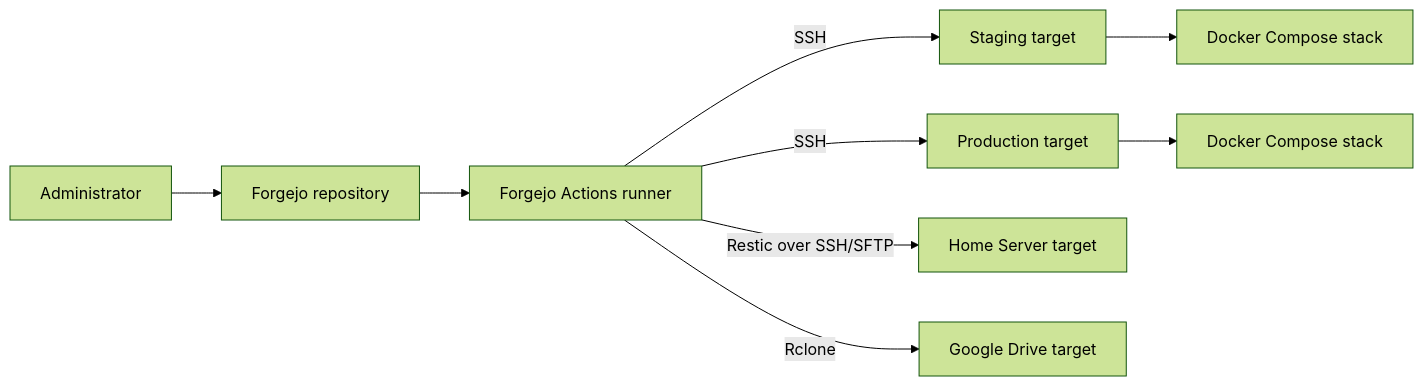
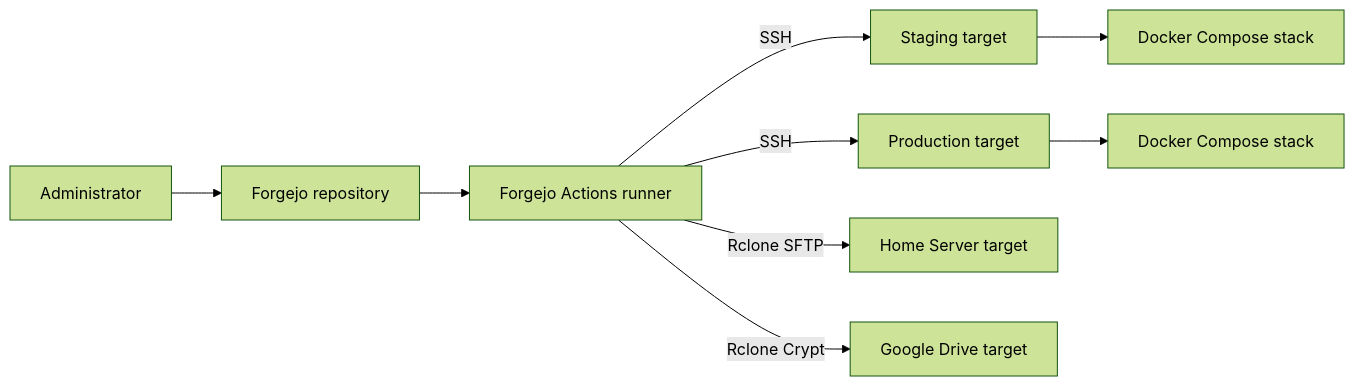
One commit to yongxinL/servicehub changed the diagram in docs/architecture/SYSTEM-CONTEXT.md. Above: the diagram before and after it, drawn with Mermaid (forest theme). The commit also changed other lines of this file and 10 other files, not shown here.

Commit message:
docs(backup): revise ADR-007 to Rclone-only dual-target replication and purge Restic from docs

````diff
--- a/docs/architecture/SYSTEM-CONTEXT.md
+++ b/docs/architecture/SYSTEM-CONTEXT.md
@@ -57,11 +57,11 @@
 ```mermaid
 flowchart LR
     Admin[Administrator] --> Forgejo[Forgejo repository]
     Forgejo --> Runner[Forgejo Actions runner]
     Runner -->|SSH| Stag[Staging target]
     Runner -->|SSH| Prod[Production target]
-    Runner -->|Restic over SSH/SFTP| Home[Home Server target]
-    Runner -->|Rclone| Drive[Google Drive target]
+    Runner -->|Rclone SFTP| Home[Home Server target]
+    Runner -->|Rclone Crypt| Drive[Google Drive target]
     Stag --> DockerStag[Docker Compose stack]
     Prod --> DockerProd[Docker Compose stack]
 ```
````
